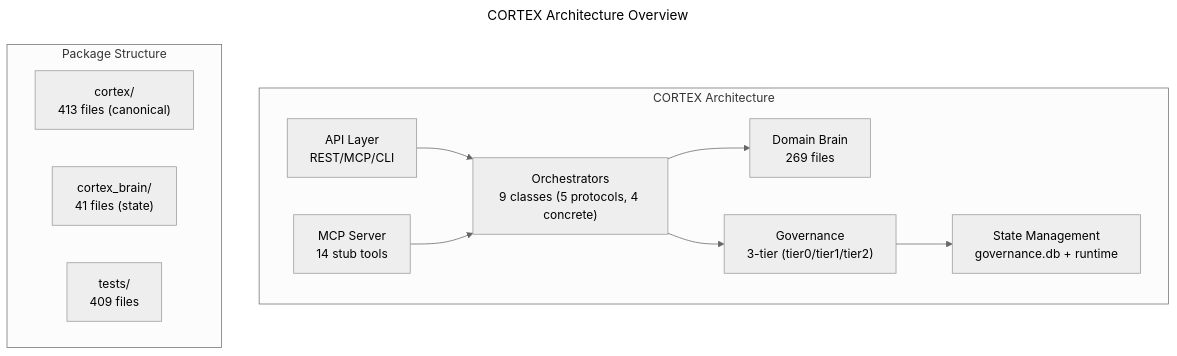
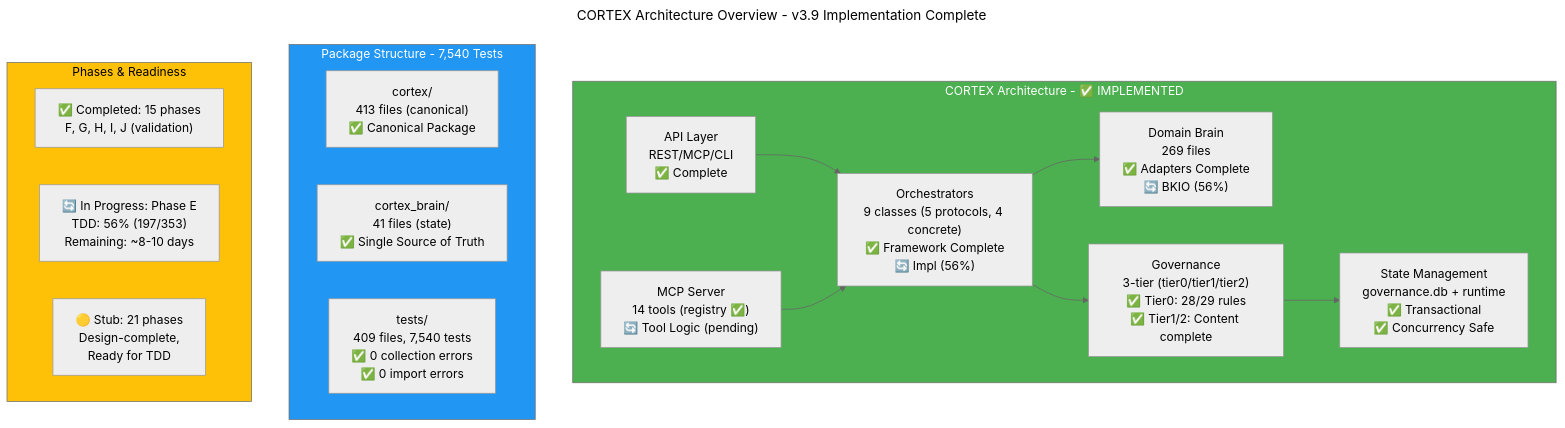
One commit to asifhussain60/CORTEX changed the diagram in docs/_diagrams/architecture-overview.mmd. Above: the diagram before and after it, drawn with Mermaid (neutral theme). The commit also changed 9 other files, not shown here.

First line of the commit message:
docs: refresh documentation to reflect Phase F-J completion and Phase E TDD progress (56%)

```diff
--- a/docs/_diagrams/architecture-overview.mmd
+++ b/docs/_diagrams/architecture-overview.mmd
@@ -1,24 +1,34 @@
 ---
-title: CORTEX Architecture Overview
+title: CORTEX Architecture Overview - v3.9 Implementation Complete
 ---
 flowchart TB
-    subgraph CORTEX["CORTEX Architecture"]
-        API["API Layer<br/>REST/MCP/CLI"]
-        ORCH["Orchestrators<br/>9 classes (5 protocols, 4 concrete)"]
-        BRAIN["Domain Brain<br/>269 files"]
-        GOV["Governance<br/>3-tier (tier0/tier1/tier2)"]
-        STATE["State Management<br/>governance.db + runtime"]
-        MCP["MCP Server<br/>14 stub tools"]
+    subgraph CORTEX["CORTEX Architecture - ✅ IMPLEMENTED"]
+        API["API Layer<br/>REST/MCP/CLI<br/>✅ Complete"]
+        ORCH["Orchestrators<br/>9 classes (5 protocols, 4 concrete)<br/>✅ Framework Complete<br/>🔄 Impl (56%)"]
+        BRAIN["Domain Brain<br/>269 files<br/>✅ Adapters Complete<br/>🔄 BKIO (56%)"]
+        GOV["Governance<br/>3-tier (tier0/tier1/tier2)<br/>✅ Tier0: 28/29 rules<br/>✅ Tier1/2: Content complete"]
+        STATE["State Management<br/>governance.db + runtime<br/>✅ Transactional<br/>✅ Concurrency Safe"]
+        MCP["MCP Server<br/>14 tools (registry ✅)<br/>🔄 Tool Logic (pending)"]
     end
     
     API --> ORCH
     ORCH --> BRAIN
     ORCH --> GOV
     GOV --> STATE
     MCP --> ORCH
     
-    subgraph PACKAGES["Package Structure"]
-        CORTEX_PKG["cortex/<br/>413 files (canonical)"]
-        CORTEX_BRAIN["cortex_brain/<br/>41 files (state)"]
-        TESTS["tests/<br/>409 files"]
+    subgraph PACKAGES["Package Structure - 7,540 Tests"]
+        CORTEX_PKG["cortex/<br/>413 files (canonical)<br/>✅ Canonical Package"]
+        CORTEX_BRAIN["cortex_brain/<br/>41 files (state)<br/>✅ Single Source of Truth"]
+        TESTS["tests/<br/>409 files, 7,540 tests<br/>✅ 0 collection errors<br/>✅ 0 import errors"]
     end
+    
+    subgraph STATUS["Phases & Readiness"]
+        COMPLETED["✅ Completed: 15 phases<br/>F, G, H, I, J (validation)"]
+        PROGRESS["🔄 In Progress: Phase E<br/>TDD: 56% (197/353)<br/>Remaining: ~8-10 days"]
+        STUB["🟡 Stub: 21 phases<br/>Design-complete,<br/>Ready for TDD"]
+    end
+    
+    style CORTEX fill:#4CAF50,color:#fff
+    style PACKAGES fill:#2196F3,color:#fff
+    style STATUS fill:#FFC107,color:#000
```
